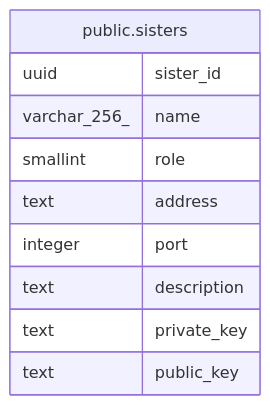
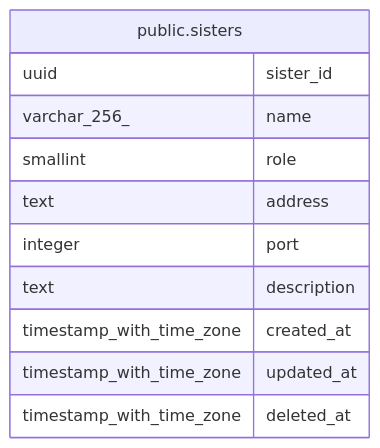
Before and after one commit to radio-noise-project/last-order: the diagram in docs/dbschema/public.sisters.md, drawn with Mermaid. The commit also changed other lines of this file and 3 other files, not shown here.

````diff
--- a/docs/dbschema/public.sisters.md
+++ b/docs/dbschema/public.sisters.md
@@ -36,15 +37,16 @@
 ```mermaid
 erDiagram
 
 
 "public.sisters" {
   uuid sister_id
   varchar_256_ name
   smallint role
   text address
   integer port
   text description
-  text private_key
-  text public_key
+  timestamp_with_time_zone created_at
+  timestamp_with_time_zone updated_at
+  timestamp_with_time_zone deleted_at
 }
 ```
````
